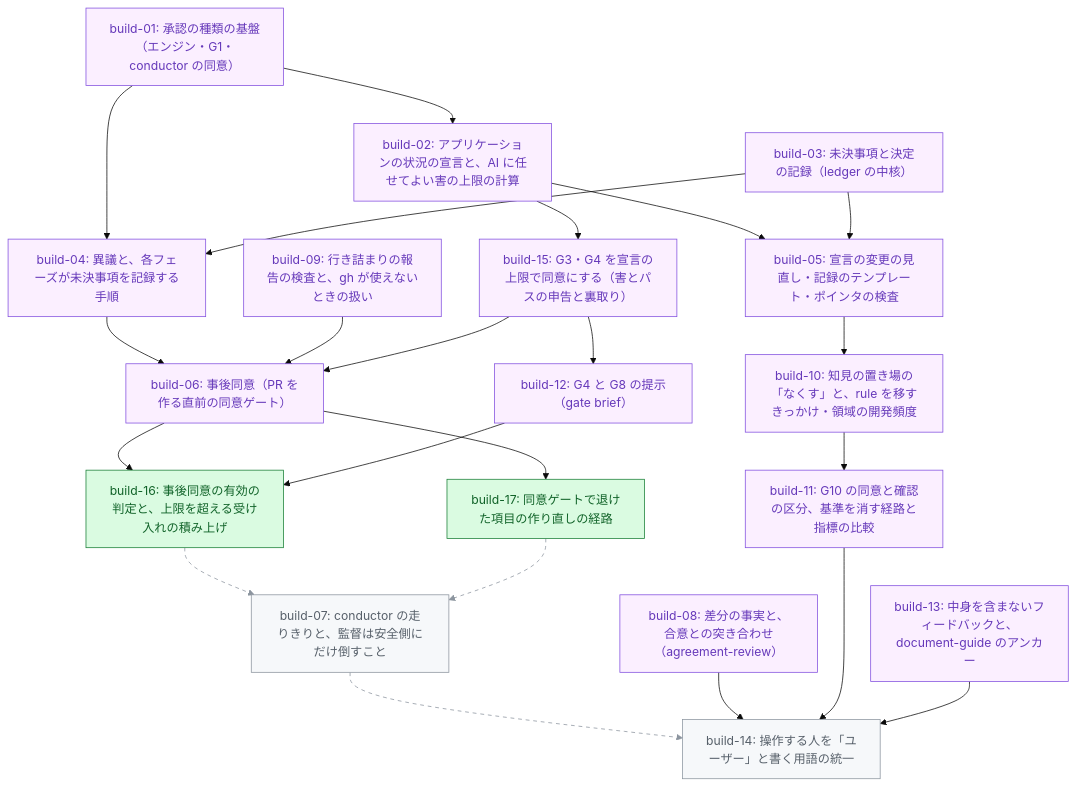
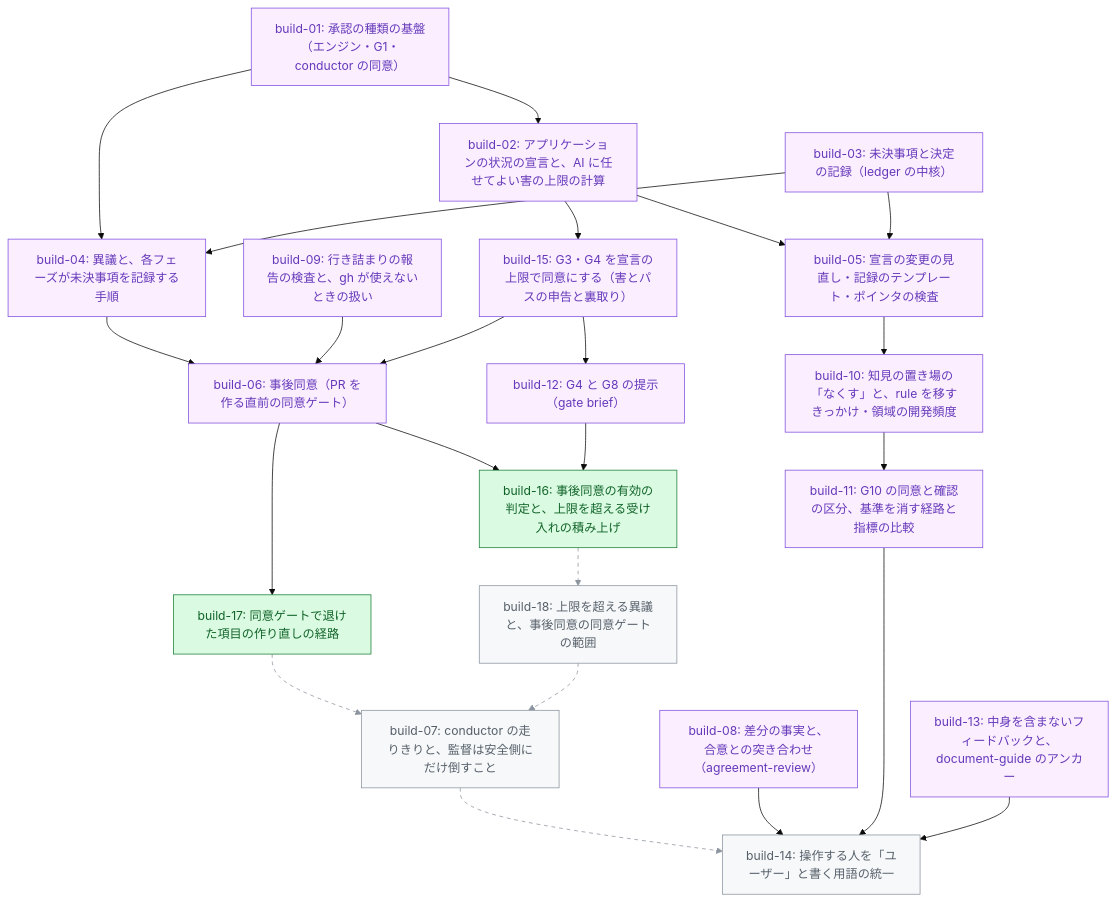
The diagram in .hikyaku/cycles/001-v3-core-concepts/tasklist.md (tak-solder/hikyaku), drawn with Mermaid (base theme) before and after one commit. The commit also changed other lines of this file and 4 other files, not shown here.

````diff
--- a/.hikyaku/cycles/001-v3-core-concepts/tasklist.md
+++ b/.hikyaku/cycles/001-v3-core-concepts/tasklist.md
@@ -32,48 +33,50 @@
 ```mermaid
 graph TD
   b01["build-01: 承認の種類の基盤（エンジン・G1・conductor の同意）"]
   b02["build-02: アプリケーションの状況の宣言と、AI に任せてよい害の上限の計算"]
   b03["build-03: 未決事項と決定の記録（ledger の中核）"]
   b04["build-04: 異議と、各フェーズが未決事項を記録する手順"]
   b05["build-05: 宣言の変更の見直し・記録のテンプレート・ポインタの検査"]
   b06["build-06: 事後同意（PR を作る直前の同意ゲート）"]
   b07["build-07: conductor の走りきりと、監督は安全側にだけ倒すこと"]
   b08["build-08: 差分の事実と、合意との突き合わせ（agreement-review）"]
   b09["build-09: 行き詰まりの報告の検査と、gh が使えないときの扱い"]
   b10["build-10: 知見の置き場の「なくす」と、rule を移すきっかけ・領域の開発頻度"]
   b11["build-11: G10 の同意と確認の区分、基準を消す経路と指標の比較"]
   b12["build-12: G4 と G8 の提示（gate brief）"]
   b13["build-13: 中身を含まないフィードバックと、document-guide のアンカー"]
   b14["build-14: 操作する人を「ユーザー」と書く用語の統一"]
   b15["build-15: G3・G4 を宣言の上限で同意にする（害とパスの申告と裏取り）"]
   b16["build-16: 事後同意の有効の判定と、上限を超える受け入れの積み上げ"]
   b17["build-17: 同意ゲートで退けた項目の作り直しの経路"]
+  b18["build-18: 上限を超える異議と、事後同意の同意ゲートの範囲"]
   b01 --> b02
   b01 --> b04
   b03 --> b04
   b02 --> b05
   b03 --> b05
   b04 --> b06
   b09 --> b06
   b15 --> b06
-  b16 -.-> b07
   b17 -.-> b07
+  b18 -.-> b07
   b05 --> b10
   b10 --> b11
   b15 --> b12
   b07 -.-> b14
   b08 --> b14
   b11 --> b14
   b13 --> b14
   b02 --> b15
   b06 --> b16
   b12 --> b16
   b06 --> b17
+  b16 -.-> b18
   classDef merged fill:#fbefff,stroke:#8250df,color:#6639ba
   classDef ready fill:#dafbe1,stroke:#1a7f37,color:#116329
   classDef blocked fill:#f6f8fa,stroke:#8c959f,color:#57606a
   class b01,b02,b03,b04,b05,b06,b08,b09,b10,b11,b12,b13,b15 merged
   class b16,b17 ready
-  class b07,b14 blocked
-  linkStyle 8,9,13 stroke:#8c959f,stroke-dasharray:5 5
+  class b07,b14,b18 blocked
+  linkStyle 8,9,13,21 stroke:#8c959f,stroke-dasharray:5 5
 ```
````
